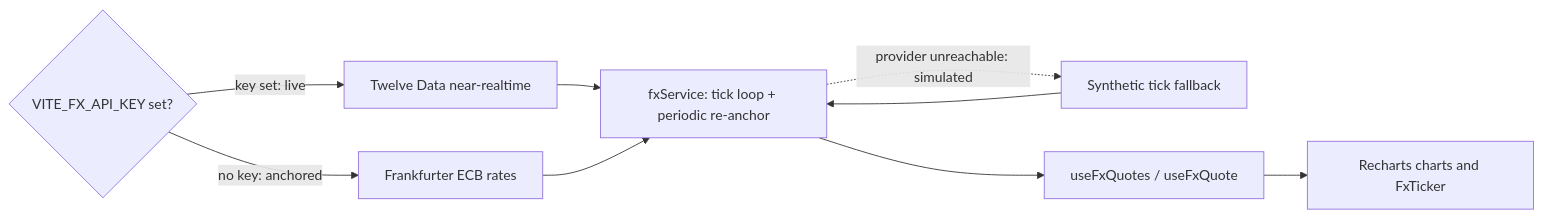
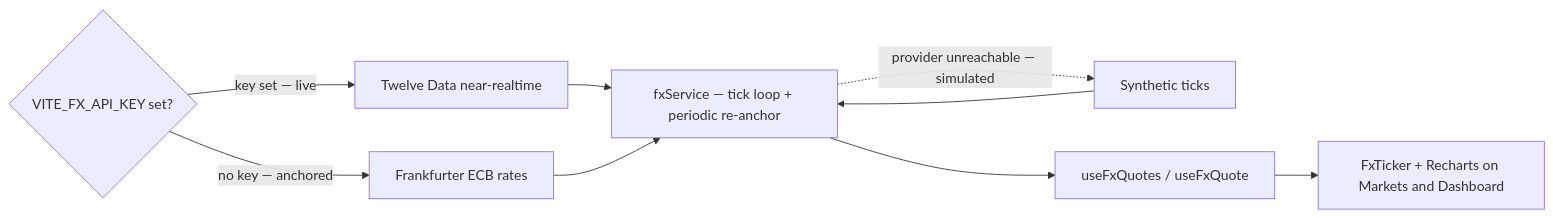
The diagram in README.md (TaylorURL/rootriseholdings-com), drawn with Mermaid before and after one commit. The commit also changed other lines of this file and 2 other files, not shown here.

First line of the commit message:
Restructure the README around architecture and how it works

````diff
--- a/README.md
+++ b/README.md
@@ -108,19 +103,12 @@
 ```mermaid
 flowchart LR
-  KEY{VITE_FX_API_KEY set?}
-  TD[Twelve Data near-realtime]
-  FF[Frankfurter ECB rates]
-  SVC[fxService: tick loop + periodic re-anchor]
-  SIM[Synthetic tick fallback]
-  HOOK[useFxQuotes / useFxQuote]
-  RC[Recharts charts and FxTicker]
-
-  KEY -->|key set: live| TD
-  KEY -->|no key: anchored| FF
-  TD --> SVC
-  FF --> SVC
-  SVC -. provider unreachable: simulated .-> SIM
-  SIM --> SVC
-  SVC --> HOOK
-  HOOK --> RC
+    KEY{"VITE_FX_API_KEY set?"}
+    KEY -->|"key set — live"| TD["Twelve Data near-realtime"]
+    KEY -->|"no key — anchored"| FF["Frankfurter ECB rates"]
+    TD --> SVC["fxService — tick loop + periodic re-anchor"]
+    FF --> SVC
+    SVC -. "provider unreachable — simulated" .-> SIM["Synthetic ticks"]
+    SIM --> SVC
+    SVC --> HOOK["useFxQuotes / useFxQuote"]
+    HOOK --> RC["FxTicker + Recharts on Markets and Dashboard"]
 ```
````
